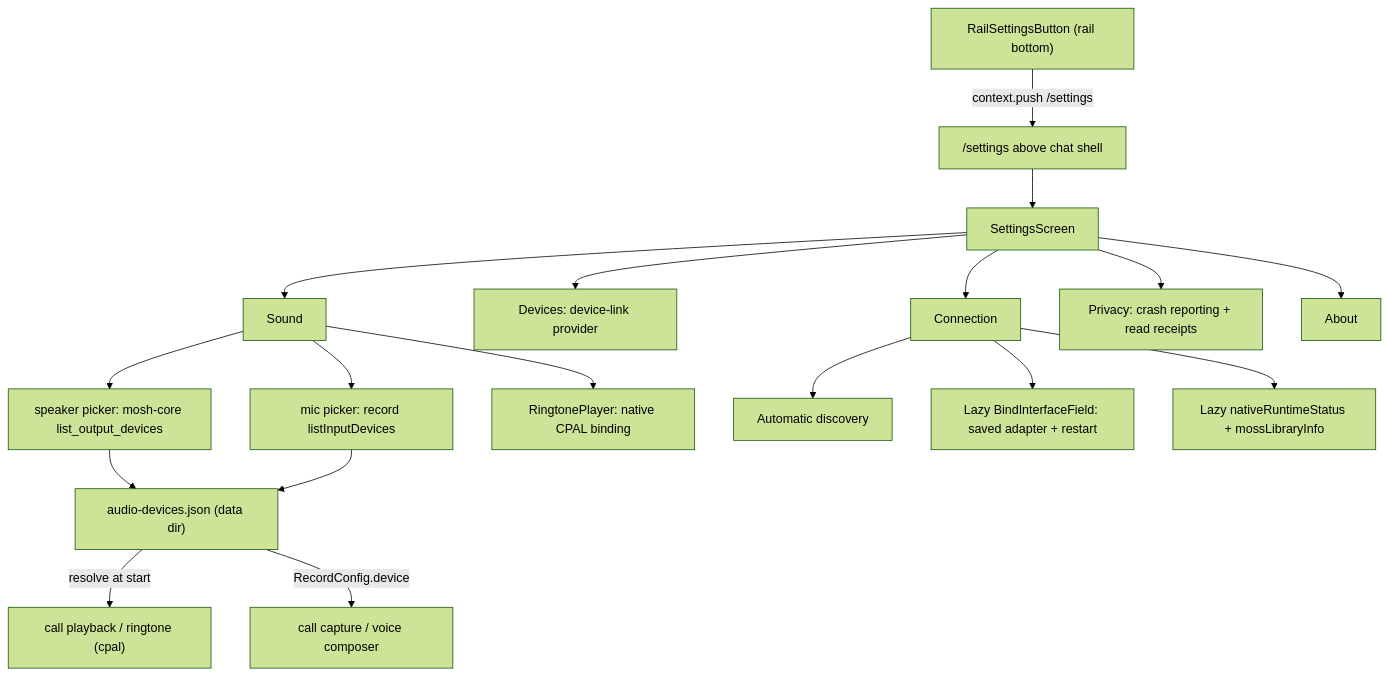
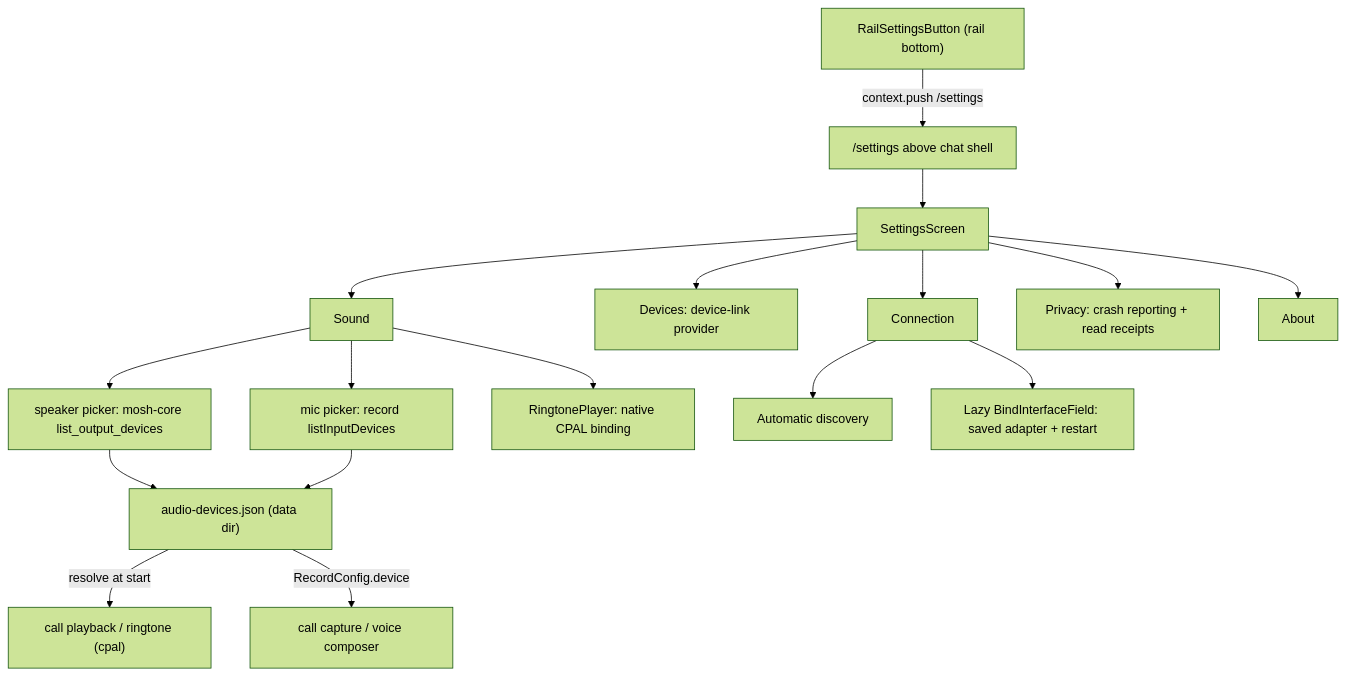
Diagram 22 of 25 in docs/Architecture.md (redstone-md/mosh-flutter), drawn with Mermaid (forest theme) before and after one commit. The commit also changed other lines of this file and 9 other files, not shown here.

````diff
--- a/docs/Architecture.md
+++ b/docs/Architecture.md
@@ -929,20 +929,19 @@
 ```mermaid
 flowchart TD
     Gear["RailSettingsButton (rail bottom)"] -->|context.push /settings| Route["/settings above chat shell"]
     Route --> Screen["SettingsScreen"]
     Screen --> Voice["Sound"]
     Screen --> Devices["Devices: device-link provider"]
     Screen --> Conn["Connection"]
     Screen --> Privacy["Privacy: crash reporting + read receipts"]
     Screen --> About["About"]
     Voice --> Input["mic picker: record listInputDevices"]
     Voice --> Output["speaker picker: mosh-core list_output_devices"]
     Voice --> Test["RingtonePlayer: native CPAL binding"]
     Conn --> Discovery["Automatic discovery"]
     Conn --> Bind["Lazy BindInterfaceField: saved adapter + restart"]
-    Conn --> Diagnostics["Lazy nativeRuntimeStatus + mossLibraryInfo"]
     Output --> Store["audio-devices.json (data dir)"]
     Input --> Store
     Store -->|resolve at start| Playback["call playback / ringtone (cpal)"]
     Store -->|RecordConfig.device| Capture["call capture / voice composer"]
 ```
````
